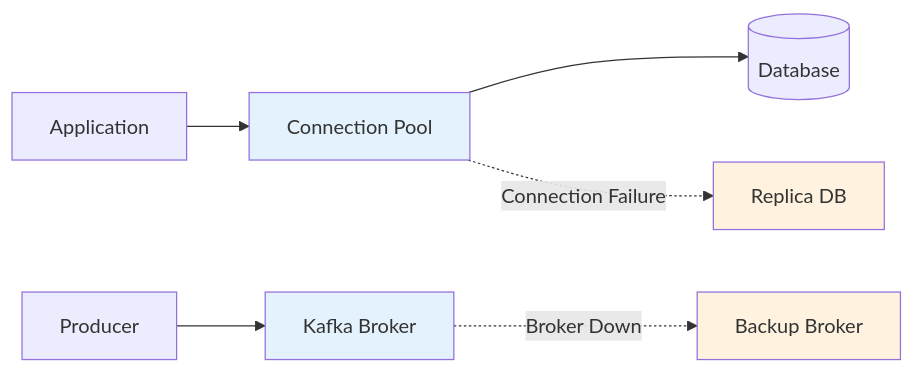
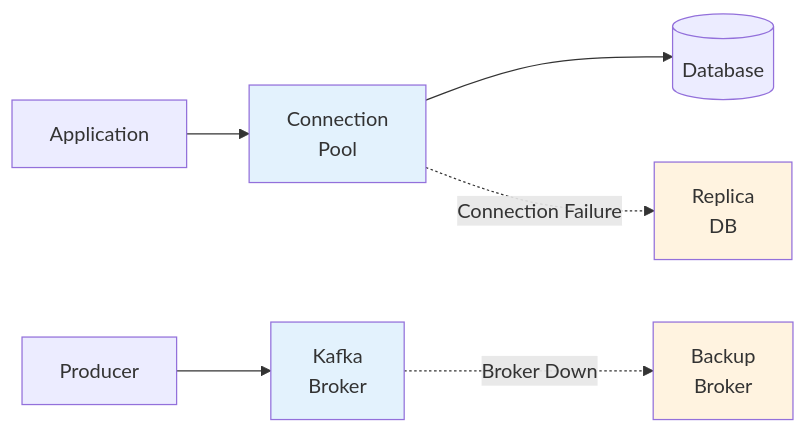
Before and after one commit to razkevich/system_design_course: the eighth of 8 diagrams in 1.6_fault_tolerance/circuit_breakers.md, drawn with Mermaid. The commit also changed other lines of this file and 2 other files, not shown here.

Commit message:
exactly once

````diff
--- a/1.6_fault_tolerance/circuit_breakers.md
+++ b/1.6_fault_tolerance/circuit_breakers.md
@@ -184,14 +184,14 @@
 ```mermaid
 graph LR
-    A[Application] --> CP[Connection Pool]
+    A[Application] --> CP[Connection<br>Pool]
     CP --> DB[(Database)]
-    CP -.->|Connection Failure| R[Replica DB]
+    CP -.->|Connection Failure| R[Replica<br>DB]
     
-    A2[Producer] --> K[Kafka Broker]
-    K -.->|Broker Down| K2[Backup Broker]
+    A2[Producer] --> K[Kafka<br>Broker]
+    K -.->|Broker Down| K2[Backup<br>Broker]
     
     style CP fill:#e3f2fd
     style K fill:#e3f2fd
     style R fill:#fff3e0
     style K2 fill:#fff3e0
 ```
````
